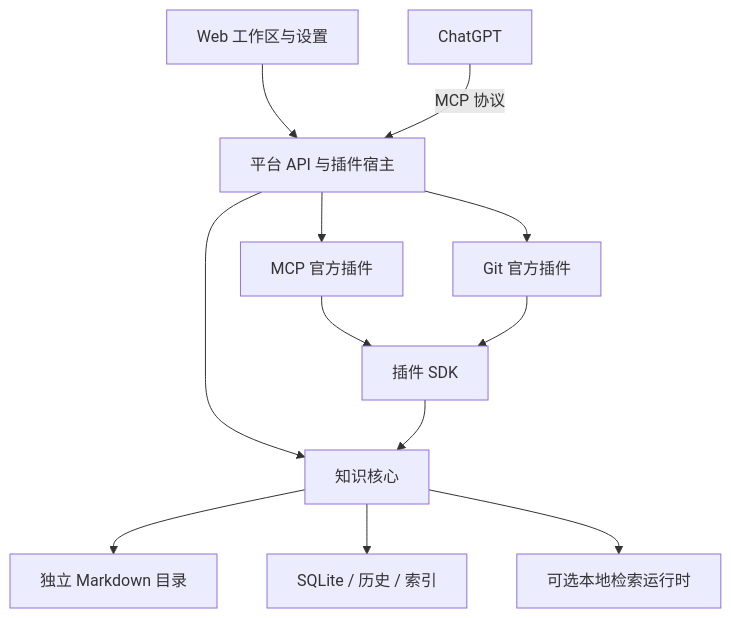
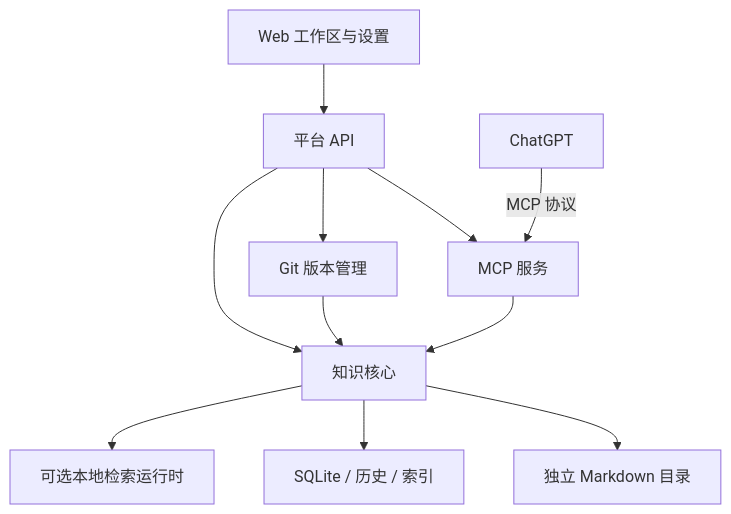
The diagram in README.md (bandoo-2001/doo-know), drawn with Mermaid before and after one commit. The commit also changed other lines of this file and 275 other files, not shown here.

Commit message:
Ship Git and MCP as switchable built-in features on the rc.74 release line

````diff
--- a/README.md
+++ b/README.md
@@ -181,14 +176,13 @@
 ```mermaid
 flowchart TB
-  Web[Web 工作区与设置] --> Host[平台 API 与插件宿主]
-  ChatGPT[ChatGPT] -->|MCP 协议| Host
-  Host --> MCP[MCP 官方插件]
-  Host --> Git[Git 官方插件]
+  Web[Web 工作区与设置] --> Host[平台 API]
+  ChatGPT[ChatGPT] -->|MCP 协议| MCP
+  Host --> MCP[MCP 服务]
+  Host --> Git[Git 版本管理]
   Host --> Core[知识核心]
-  MCP --> SDK[插件 SDK]
-  Git --> SDK
-  SDK --> Core
+  MCP --> Core
+  Git --> Core
   Core --> Markdown[独立 Markdown 目录]
   Core --> Data[SQLite / 历史 / 索引]
   Core --> Search[可选本地检索运行时]
 ```
````
